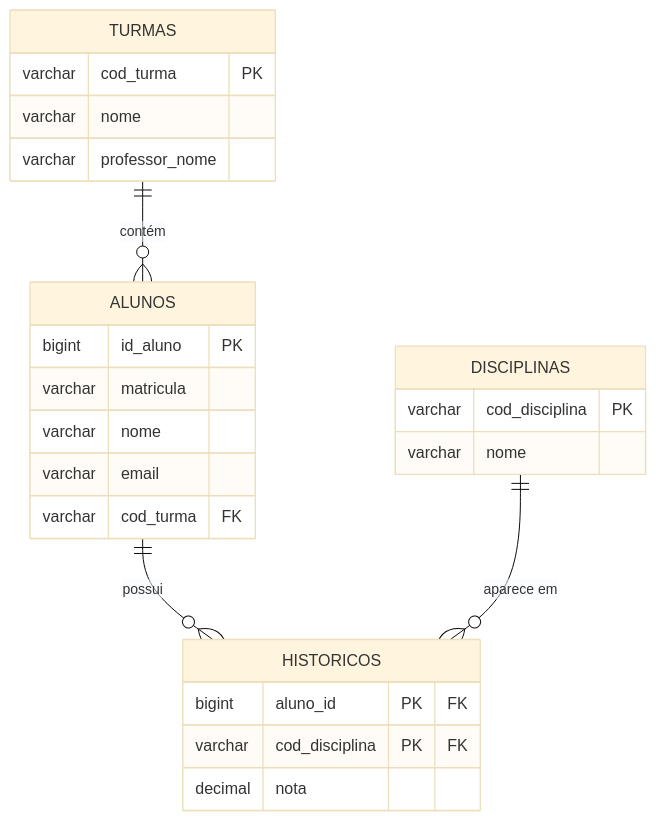
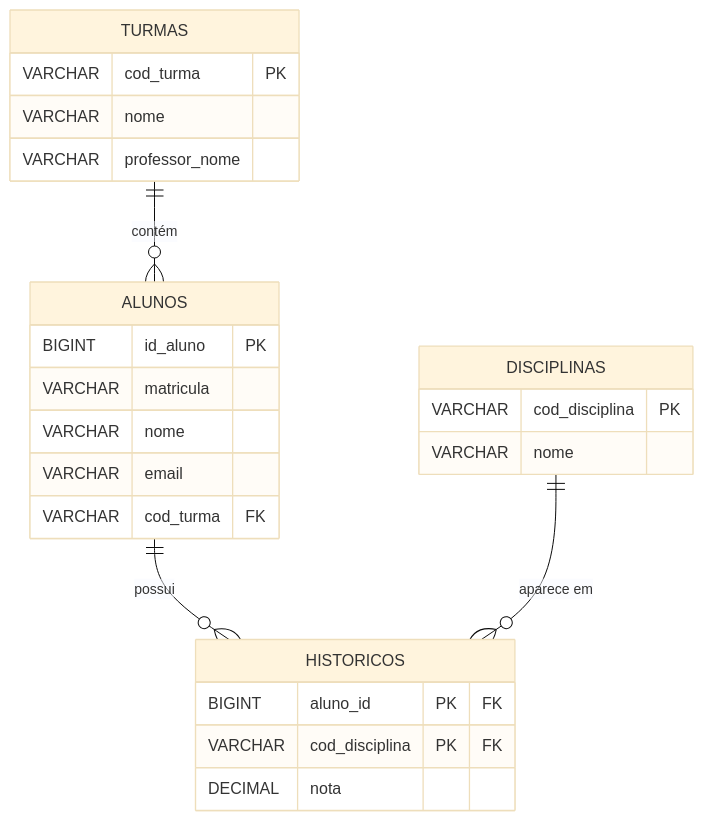
The sixth of 9 diagrams in docs/aulas/Aula_02_Normalizacao.md (DSM-Fatec-Jahu/BDR-DSM-2026-2), drawn with Mermaid (base theme) before and after one commit. The commit also changed other lines of this file and 2 other files, not shown here.

First line of the commit message:
Padroniza tipos SQL em MAIÚSCULAS nos diagramas (Regra 3)

````diff
--- a/docs/aulas/Aula_02_Normalizacao.md
+++ b/docs/aulas/Aula_02_Normalizacao.md
@@ -442,31 +442,31 @@
 ```mermaid
 erDiagram
     ALUNOS {
-        bigint id_aluno PK
-        varchar matricula
-        varchar nome
-        varchar email
-        varchar cod_turma FK
+        BIGINT id_aluno PK
+        VARCHAR matricula
+        VARCHAR nome
+        VARCHAR email
+        VARCHAR cod_turma FK
     }
 
     TURMAS {
-        varchar cod_turma PK
-        varchar nome
-        varchar professor_nome
+        VARCHAR cod_turma PK
+        VARCHAR nome
+        VARCHAR professor_nome
     }
 
     DISCIPLINAS {
-        varchar cod_disciplina PK
-        varchar nome
+        VARCHAR cod_disciplina PK
+        VARCHAR nome
     }
 
     HISTORICOS {
-        bigint aluno_id PK "FK"
-        varchar cod_disciplina PK "FK"
-        decimal nota
+        BIGINT aluno_id PK "FK"
+        VARCHAR cod_disciplina PK "FK"
+        DECIMAL nota
     }
 
     ALUNOS ||--o{ HISTORICOS : "possui"
     DISCIPLINAS ||--o{ HISTORICOS : "aparece em"
     TURMAS ||--o{ ALUNOS : "contém"
 ```
````
